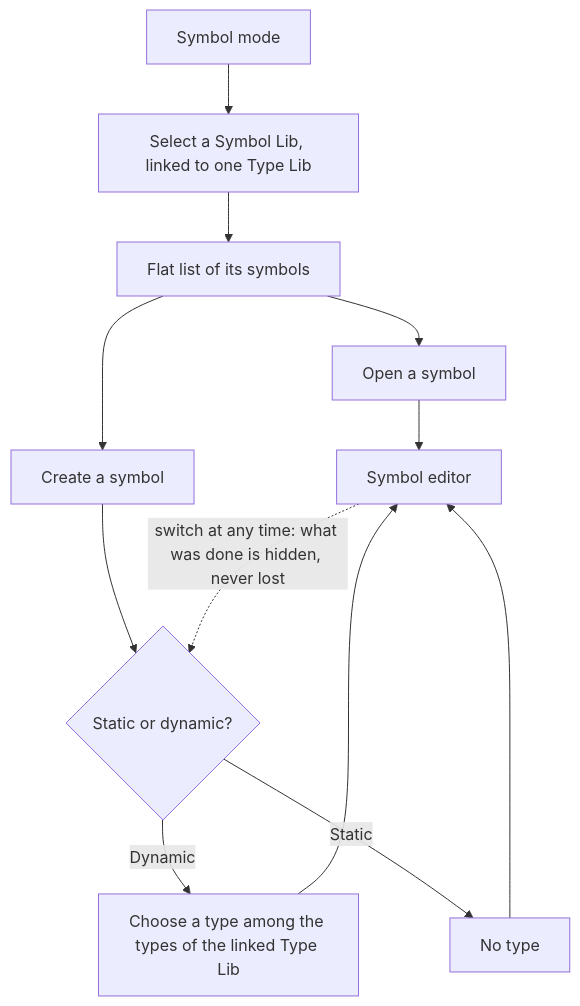
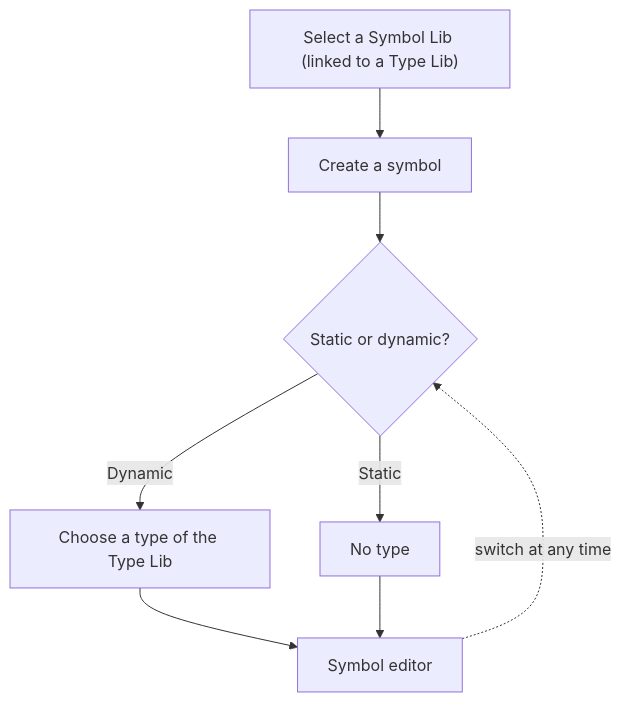
Before and after one commit to AlexandreGallais/synoptic-studio-spec: the diagram in symbols/01-libraries-and-symbols.md, drawn with Mermaid. The commit also changed other lines of this file, not shown here.

First line of the commit message:
docs(symbols): rewrite the libraries and symbols page shorter

````diff
--- a/symbols/01-libraries-and-symbols.md
+++ b/symbols/01-libraries-and-symbols.md
@@ -57,14 +49,10 @@
 ```mermaid
 flowchart TD
-    A["Symbol mode"] --> B["Select a Symbol Lib, linked to one Type Lib"]
-    B --> C["Flat list of its symbols"]
-    C --> D["Open a symbol"]
-    C --> E["Create a symbol"]
-    E --> K{"Static or dynamic?"}
-    K -- "Dynamic" --> F["Choose a type among the types of the linked Type Lib"]
-    K -- "Static" --> H["No type"]
-    F --> G["Symbol editor"]
-    H --> G
-    D --> G
-    G -.->|"switch at any time: what was done is hidden, never lost"| K
+    A["Select a Symbol Lib (linked to a Type Lib)"] --> B["Create a symbol"]
+    B --> C{"Static or dynamic?"}
+    C -- "Dynamic" --> D["Choose a type of the Type Lib"]
+    C -- "Static" --> E["No type"]
+    D --> F["Symbol editor"]
+    E --> F
+    F -.->|"switch at any time"| C
 ```
````
